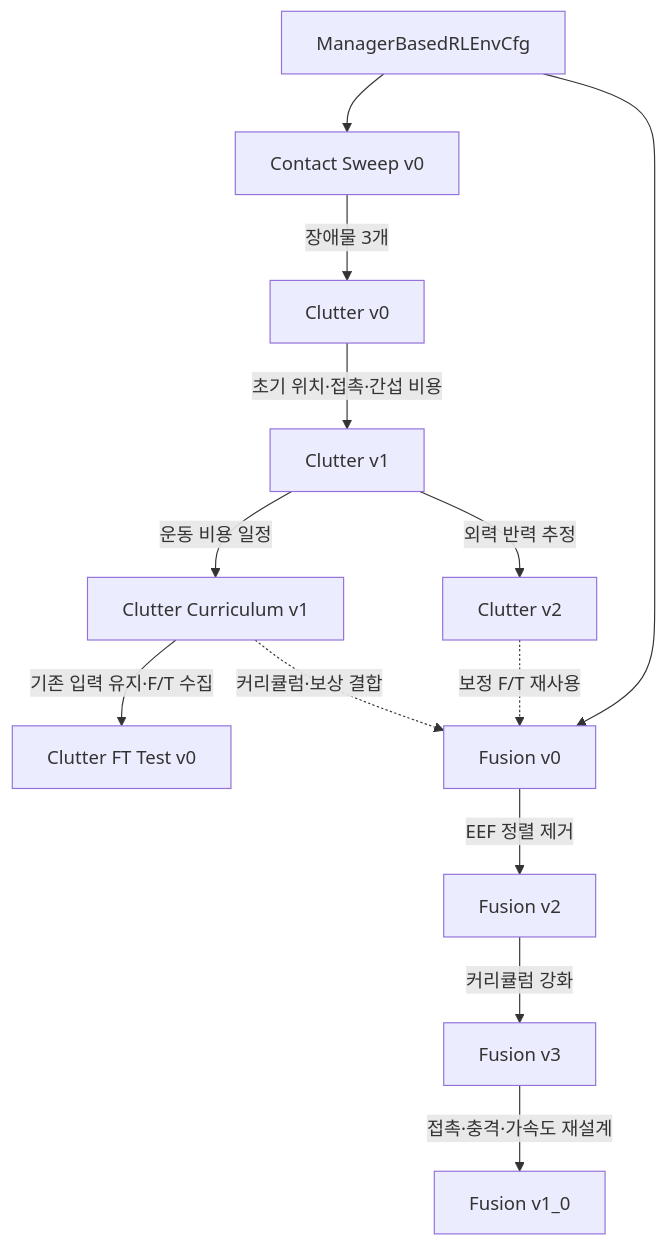
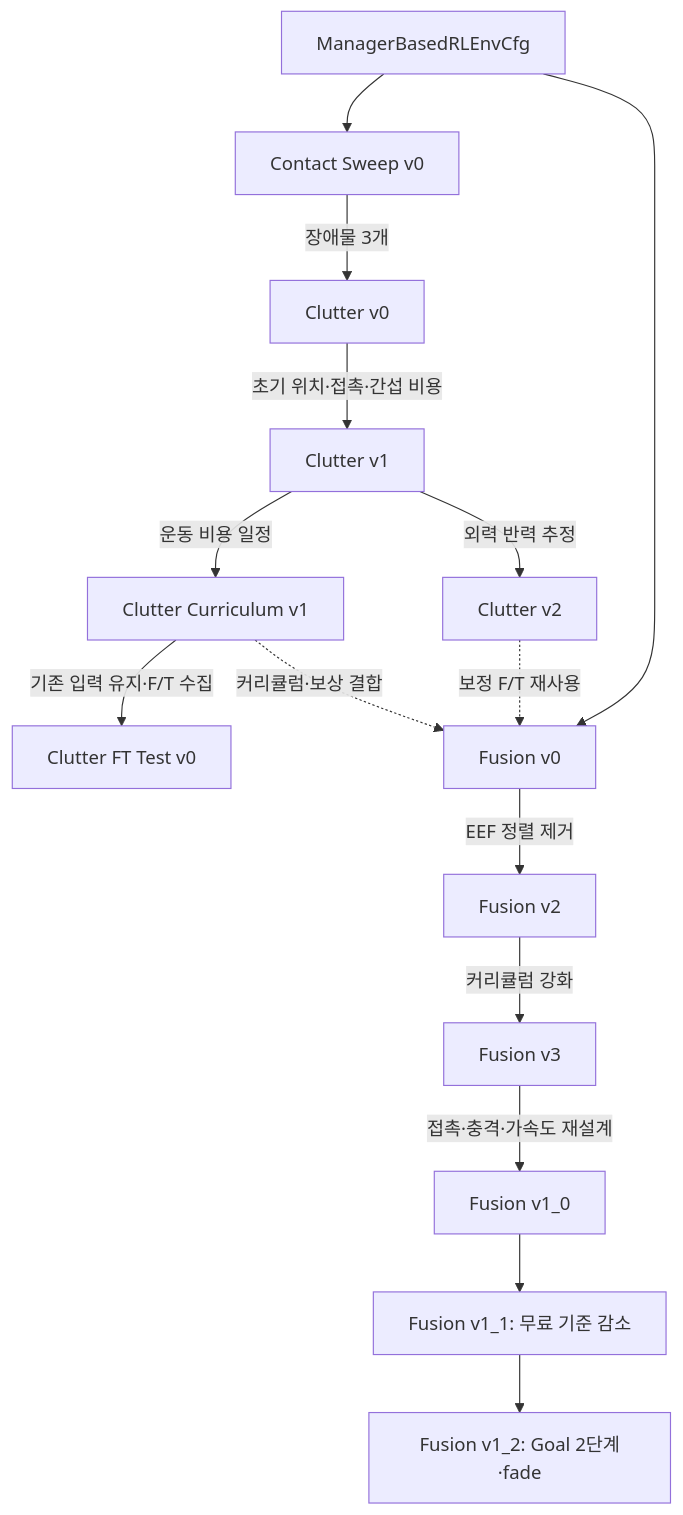
The fourth of 4 diagrams in 02_implementation/environments/ENVIRONMENT_EVOLUTION.md (7cmdehdrb/Contact-Rich-Manipulation-Context), drawn with Mermaid before and after one commit. The commit also changed other lines of this file and 8 other files, not shown here.

````diff
--- a/02_implementation/environments/ENVIRONMENT_EVOLUTION.md
+++ b/02_implementation/environments/ENVIRONMENT_EVOLUTION.md
@@ -115,26 +115,28 @@
 ```mermaid
 flowchart TD
     M["ManagerBasedRLEnvCfg"]
     C["Contact Sweep v0"]
     C0["Clutter v0"]
     C1["Clutter v1"]
     CC["Clutter Curriculum v1"]
     C2["Clutter v2"]
     FT["Clutter FT Test v0"]
     F0["Fusion v0"]
     F2["Fusion v2"]
     F3["Fusion v3"]
     F10["Fusion v1_0"]
+    F10 --> F11["Fusion v1_1: 무료 기준 감소"]
+    F11 --> F12["Fusion v1_2: Goal 2단계·fade"]
     M --> C
     C -->|"장애물 3개"| C0
     C0 -->|"초기 위치·접촉·간섭 비용"| C1
     C1 -->|"운동 비용 일정"| CC
     C1 -->|"외력 반력 추정"| C2
     CC -->|"기존 입력 유지·F/T 수집"| FT
     M --> F0
     CC -. "커리큘럼·보상 결합" .-> F0
     C2 -. "보정 F/T 재사용" .-> F0
     F0 -->|"EEF 정렬 제거"| F2
     F2 -->|"커리큘럼 강화"| F3
     F3 -->|"접촉·충격·가속도 재설계"| F10
 ```
````
